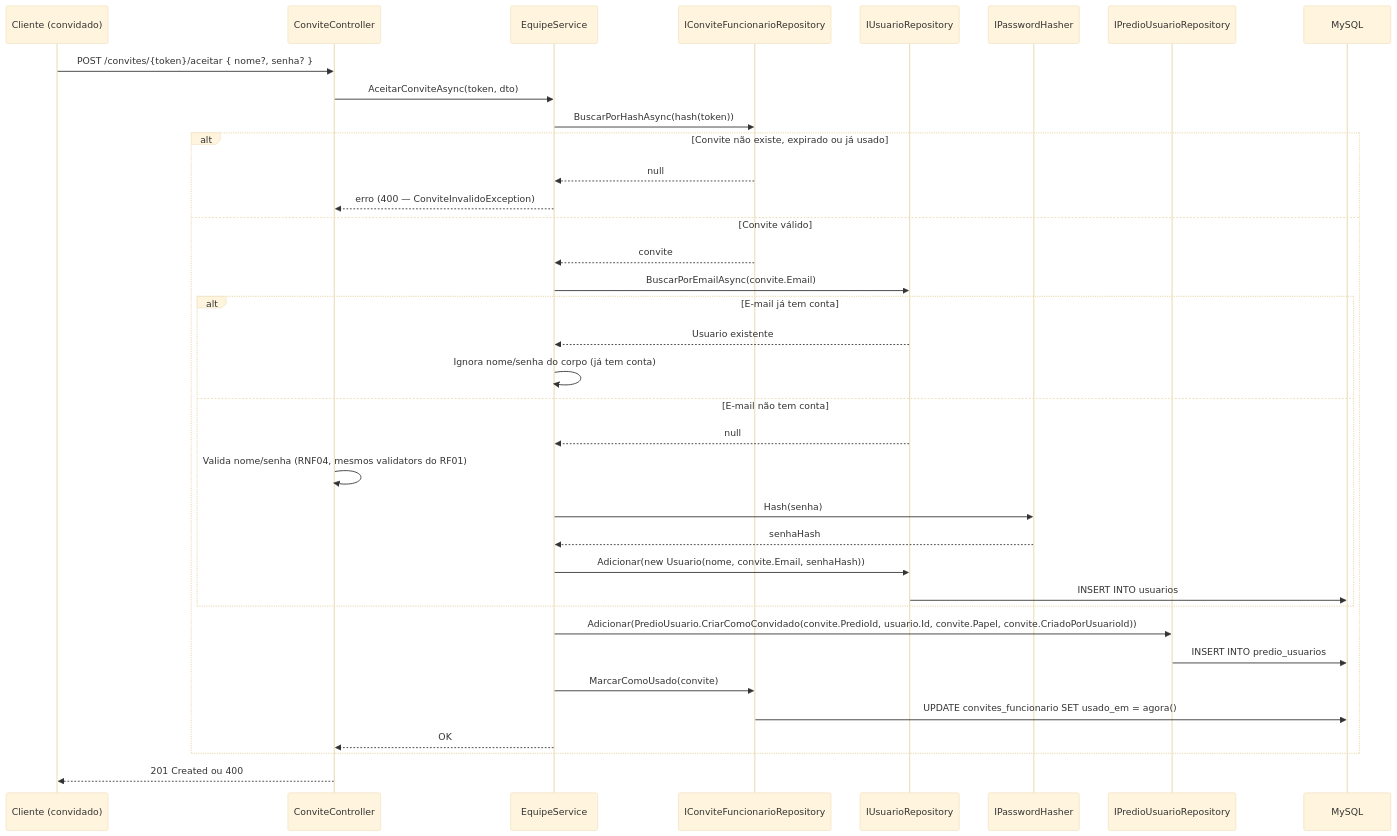
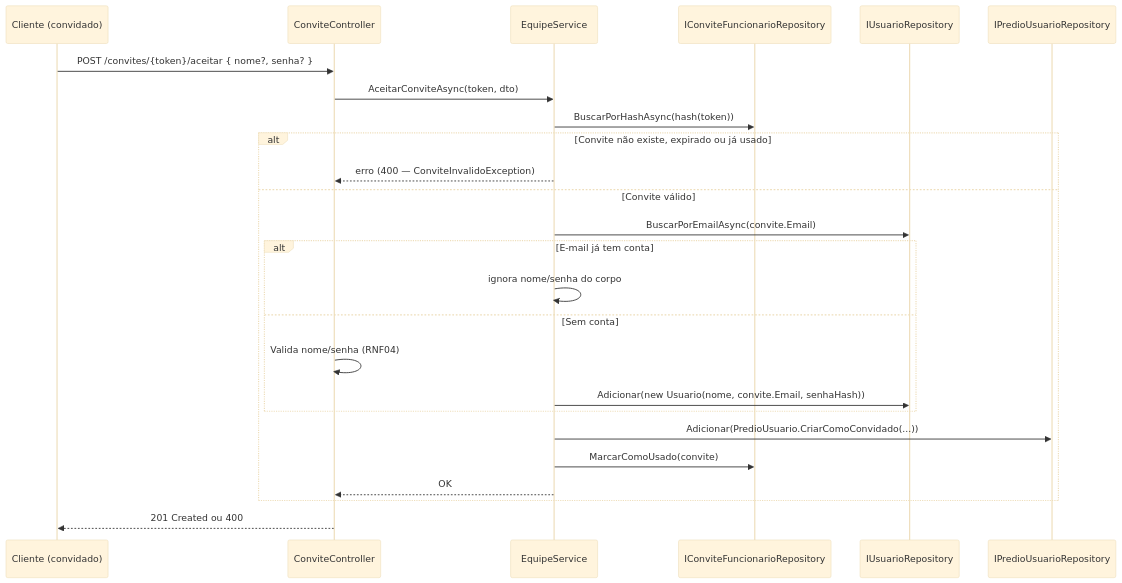
One commit to pdrollucas/euSindico changed the second of 2 diagrams in backend/documentation/EQUIPE.md. Above: the diagram before and after it, drawn with Mermaid (base theme). The commit also changed other lines of this file and 11 other files, not shown here.

````diff
--- a/backend/documentation/EQUIPE.md
+++ b/backend/documentation/EQUIPE.md
@@ -177,39 +164,28 @@
 ```mermaid
 sequenceDiagram
     participant C as Cliente (convidado)
     participant A as ConviteController
     participant S as EquipeService
     participant CR as IConviteFuncionarioRepository
     participant UR as IUsuarioRepository
-    participant H as IPasswordHasher
     participant PU as IPredioUsuarioRepository
-    participant DB as MySQL
 
     C->>A: POST /convites/{token}/aceitar { nome?, senha? }
     A->>S: AceitarConviteAsync(token, dto)
     S->>CR: BuscarPorHashAsync(hash(token))
     alt Convite não existe, expirado ou já usado
-        CR-->>S: null
         S-->>A: erro (400 — ConviteInvalidoException)
     else Convite válido
-        CR-->>S: convite
         S->>UR: BuscarPorEmailAsync(convite.Email)
         alt E-mail já tem conta
-            UR-->>S: Usuario existente
-            S->>S: Ignora nome/senha do corpo (já tem conta)
-        else E-mail não tem conta
-            UR-->>S: null
-            A->>A: Valida nome/senha (RNF04, mesmos validators do RF01)
-            S->>H: Hash(senha)
-            H-->>S: senhaHash
+            S->>S: ignora nome/senha do corpo
+        else Sem conta
+            A->>A: Valida nome/senha (RNF04)
             S->>UR: Adicionar(new Usuario(nome, convite.Email, senhaHash))
-            UR->>DB: INSERT INTO usuarios
         end
-        S->>PU: Adicionar(PredioUsuario.CriarComoConvidado(convite.PredioId, usuario.Id, convite.Papel, convite.CriadoPorUsuarioId))
-        PU->>DB: INSERT INTO predio_usuarios
+        S->>PU: Adicionar(PredioUsuario.CriarComoConvidado(...))
         S->>CR: MarcarComoUsado(convite)
-        CR->>DB: UPDATE convites_funcionario SET usado_em = agora()
         S-->>A: OK
     end
     A-->>C: 201 Created ou 400
 ```
````
